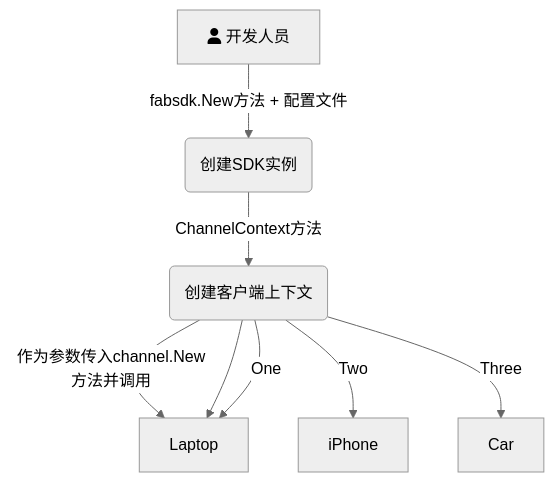
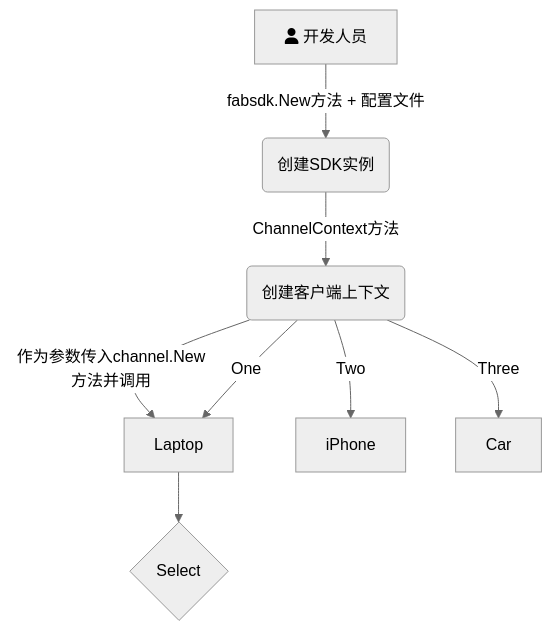
Before and after one commit to Utekichan/iodraw-files: the diagram in all/未命名.md, drawn with Mermaid (neutral theme).

Commit message:
2024-03-30 22:18:47 update

````diff
--- a/all/未命名.md
+++ b/all/未命名.md
@@ -1,11 +1,11 @@
 ```mermaid
 graph TD
     A[fa:fa-user 开发人员] -->|fabsdk.New方法 + 配置文件| B(创建SDK实例)
     B-->|ChannelContext方法| C(创建客户端上下文)
     C-->|作为参数传入channel.New方法并调用| D(创建一个通道客户端)
-    C --> D{Select}
+    D --> e{Select}
     C -->|One| D[Laptop]
     C -->|Two| E[iPhone]
     C -->|Three| F[Car]
   
 ```
````
